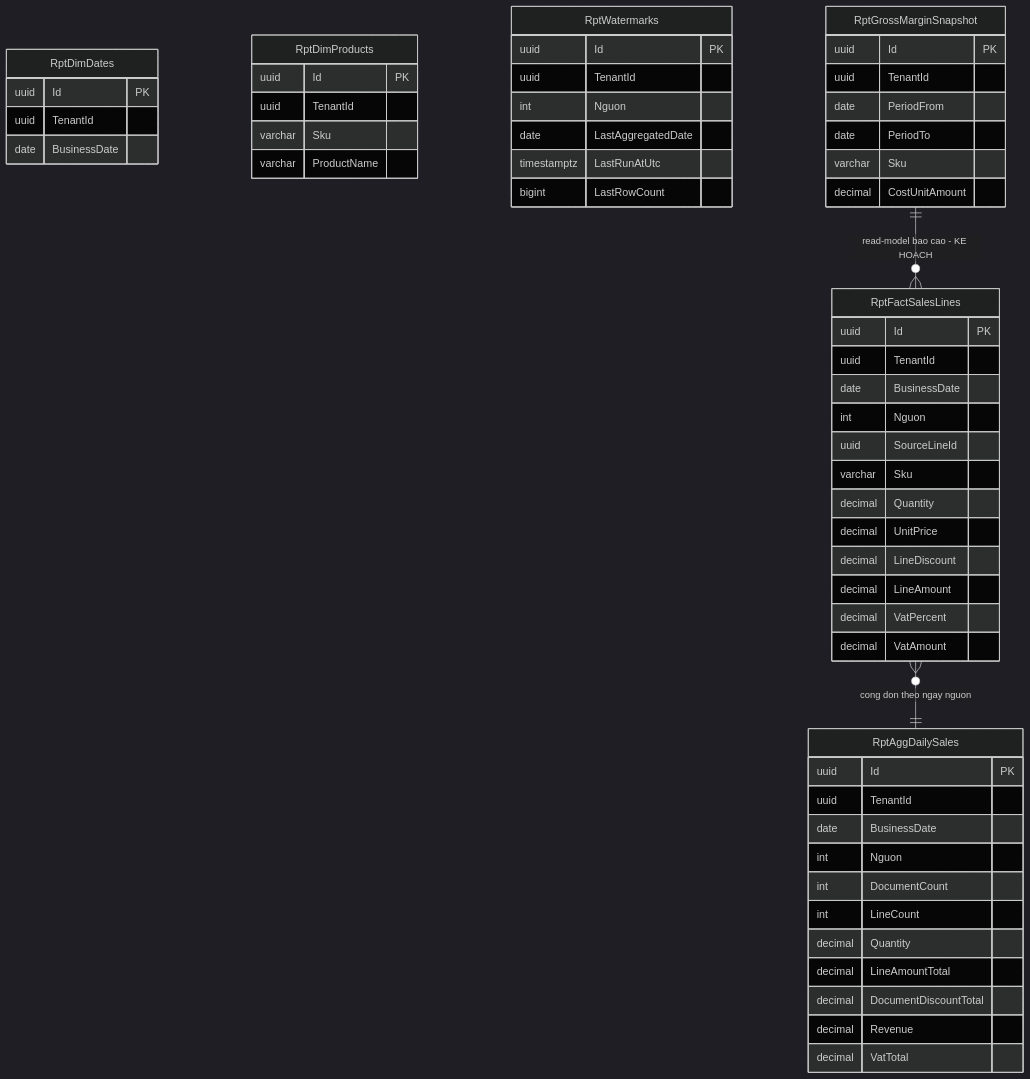
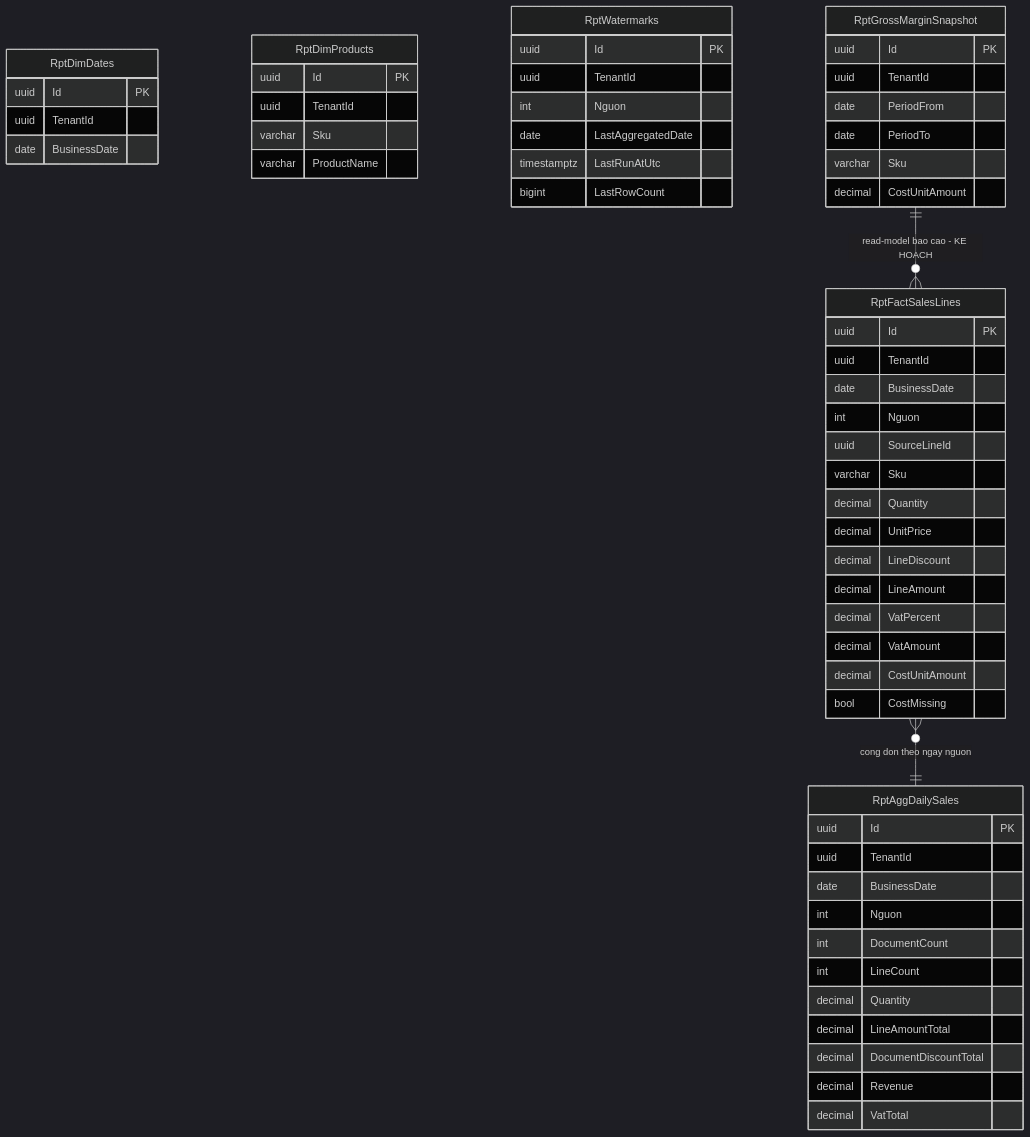
The seventh of 7 diagrams in docs/features/reporting/rep-002-bao-cao-doanh-thu-lai-gop.md (hungnt9801/eCommerce), drawn with Mermaid (dark theme) before and after one commit. The commit also changed other lines of this file and 7 other files, not shown here.

````diff
--- a/docs/features/reporting/rep-002-bao-cao-doanh-thu-lai-gop.md
+++ b/docs/features/reporting/rep-002-bao-cao-doanh-thu-lai-gop.md
@@ -337,59 +337,61 @@
 ```mermaid
 erDiagram
     RptDimDates {
         uuid Id PK
         uuid TenantId
         date BusinessDate
     }
     RptDimProducts {
         uuid Id PK
         uuid TenantId
         varchar Sku
         varchar ProductName
     }
     RptFactSalesLines {
         uuid Id PK
         uuid TenantId
         date BusinessDate
         int Nguon
         uuid SourceLineId
         varchar Sku
         decimal Quantity
         decimal UnitPrice
         decimal LineDiscount
         decimal LineAmount
         decimal VatPercent
         decimal VatAmount
+        decimal CostUnitAmount
+        bool CostMissing
     }
     RptAggDailySales {
         uuid Id PK
         uuid TenantId
         date BusinessDate
         int Nguon
         int DocumentCount
         int LineCount
         decimal Quantity
         decimal LineAmountTotal
         decimal DocumentDiscountTotal
         decimal Revenue
         decimal VatTotal
     }
     RptWatermarks {
         uuid Id PK
         uuid TenantId
         int Nguon
         date LastAggregatedDate
         timestamptz LastRunAtUtc
         bigint LastRowCount
     }
     RptGrossMarginSnapshot {
         uuid Id PK
         uuid TenantId
         date PeriodFrom
         date PeriodTo
         varchar Sku
         decimal CostUnitAmount
     }
     RptFactSalesLines }o--|| RptAggDailySales : "cong don theo ngay nguon"
     RptGrossMarginSnapshot ||--o{ RptFactSalesLines : "read-model bao cao - KE HOACH"
 ```
````
